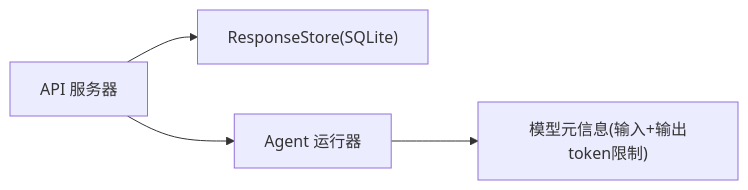
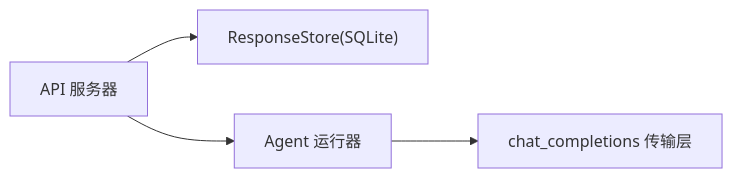
The third of 3 diagrams in .qoder/repowiki/zh/content/API参考/RESTful API/响应API.md (YueDJ/SpaikiiDesktop), drawn with Mermaid before and after one commit. The commit also changed other lines of this file and 249 other files, not shown here.

````diff
--- a/.qoder/repowiki/zh/content/API参考/RESTful API/响应API.md
+++ b/.qoder/repowiki/zh/content/API参考/RESTful API/响应API.md
@@ -226,6 +110,6 @@
 ```mermaid
 graph LR
 API["API 服务器"] --> Store["ResponseStore(SQLite)"]
 API --> Agent["Agent 运行器"]
-Agent --> ModelMeta["模型元信息(输入+输出token限制)"]
+Agent --> Transport["chat_completions 传输层"]
 ```
````
